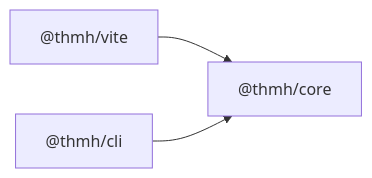
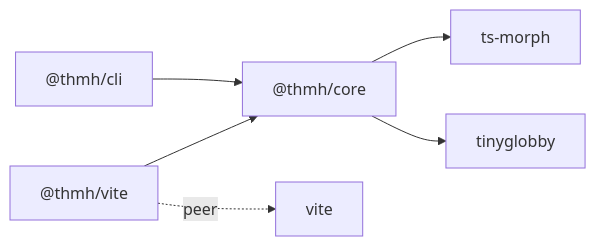
One commit to haribote/thmh changed the third of 4 diagrams in docs/architecture.md. Above: the diagram before and after it, drawn with Mermaid. The commit also changed other lines of this file, not shown here.

Commit message:
docs: restructure architecture around package trees and dependency graph

````diff
--- a/docs/architecture.md
+++ b/docs/architecture.md
@@ -47,5 +76,8 @@
 ```mermaid
 flowchart LR
   vite["@thmh/vite"] --> core["@thmh/core"]
   cli["@thmh/cli"] --> core
+  core --> tsmorph["ts-morph"]
+  core --> glob["tinyglobby"]
+  vite -. peer .-> vitepkg["vite"]
 ```
````
